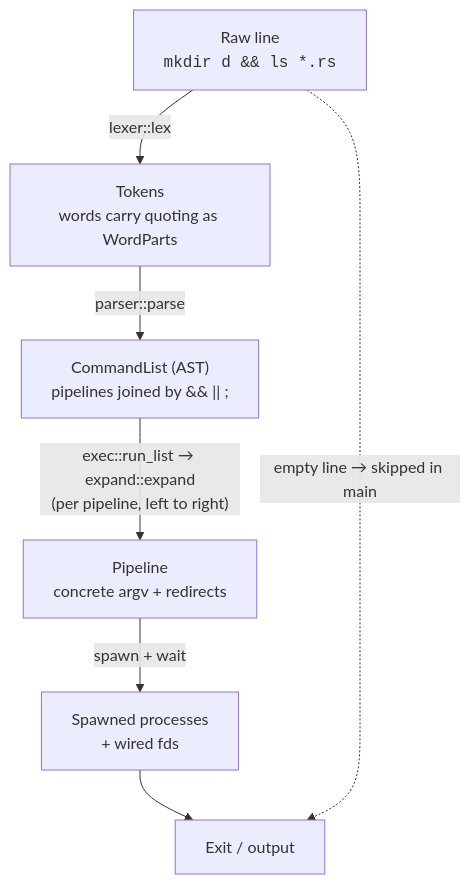
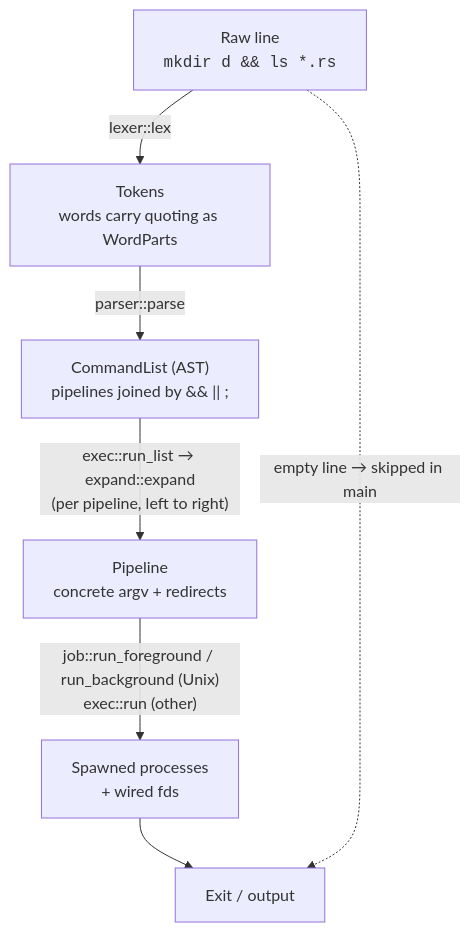
Before and after one commit to baileyrd/rush: the second of 6 diagrams in docs/ARCHITECTURE.md, drawn with Mermaid. The commit also changed other lines of this file and 9 other files, not shown here.

````diff
--- a/docs/ARCHITECTURE.md
+++ b/docs/ARCHITECTURE.md
@@ -62,17 +67,17 @@
 ```mermaid
 flowchart TD
     A["Raw line<br/><code>mkdir d && ls *.rs</code>"]
     B["Tokens<br/>words carry quoting as WordParts"]
     C["CommandList (AST)<br/>pipelines joined by &amp;&amp; || ;"]
     F["Pipeline<br/>concrete argv + redirects"]
     D["Spawned processes<br/>+ wired fds"]
     E["Exit / output"]
 
     A -->|"lexer::lex"| B
     B -->|"parser::parse"| C
     C -->|"exec::run_list → expand::expand<br/>(per pipeline, left to right)"| F
-    F -->|"spawn + wait"| D
+    F -->|"job::run_foreground / run_background (Unix)<br/>exec::run (other)"| D
     D --> E
 
     A -.->|"empty line → skipped in main"| E
 ```
````
